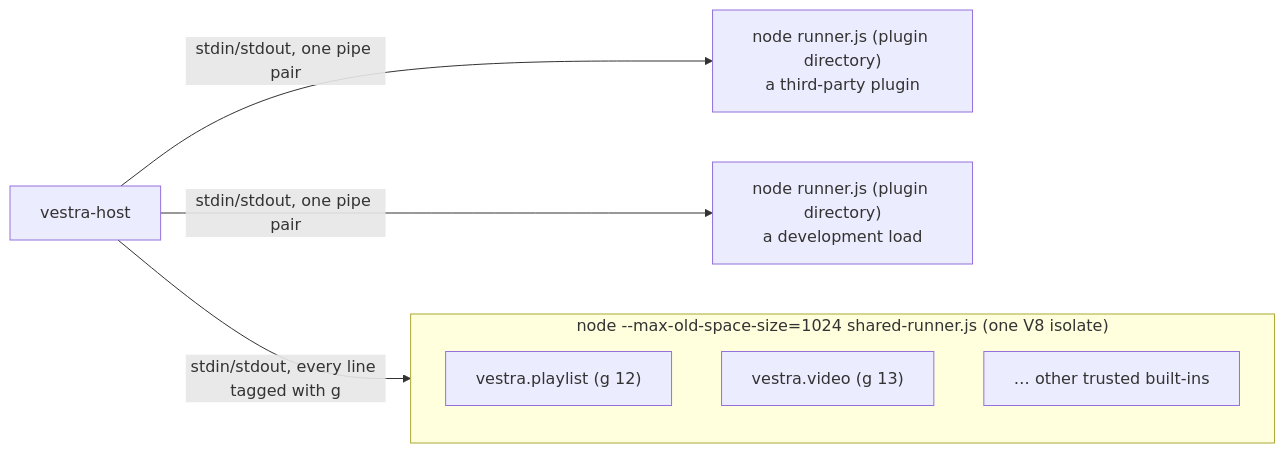
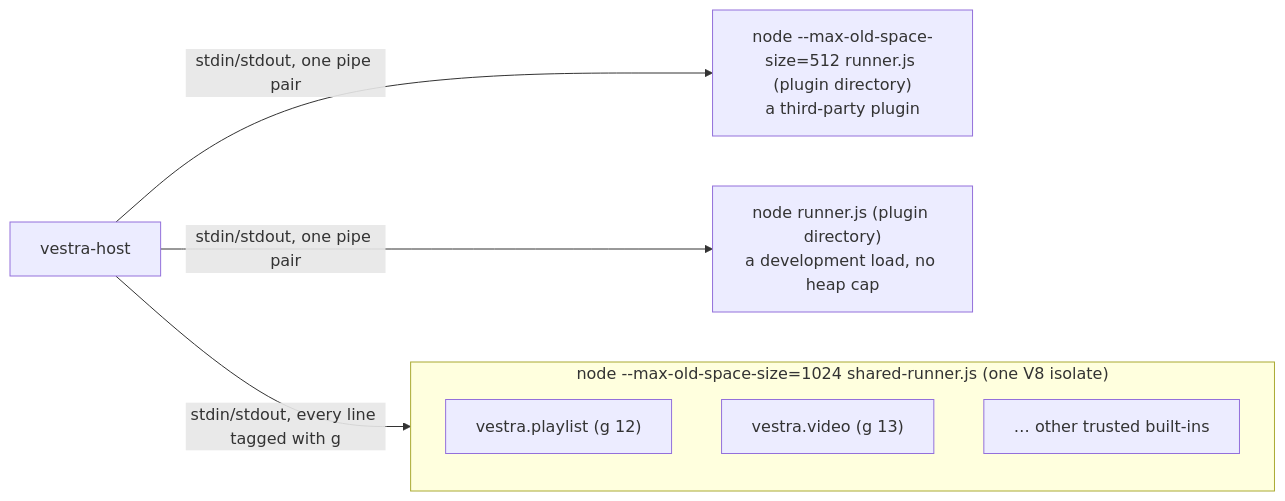
The diagram in docs/explanation/host-and-node.md (vestrasys/vestra-player-sdk), drawn with Mermaid before and after one commit. The commit also changed other lines of this file and 12 other files, not shown here.

````diff
--- a/docs/explanation/host-and-node.md
+++ b/docs/explanation/host-and-node.md
@@ -14,14 +14,14 @@
 ```mermaid
 flowchart LR
     HOST["vestra-host"]
-    A["node runner.js (plugin directory)<br/>a third-party plugin"]
-    B["node runner.js (plugin directory)<br/>a development load"]
+    A["node --max-old-space-size=512 runner.js (plugin directory)<br/>a third-party plugin"]
+    B["node runner.js (plugin directory)<br/>a development load, no heap cap"]
     subgraph SHARED["node --max-old-space-size=1024 shared-runner.js (one V8 isolate)"]
         P1["vestra.playlist (g 12)"]
         P2["vestra.video (g 13)"]
         P3["… other trusted built-ins"]
     end
     HOST -- "stdin/stdout, one pipe pair" --> A
     HOST -- "stdin/stdout, one pipe pair" --> B
     HOST -- "stdin/stdout, every line tagged with g" --> SHARED
 ```
````
